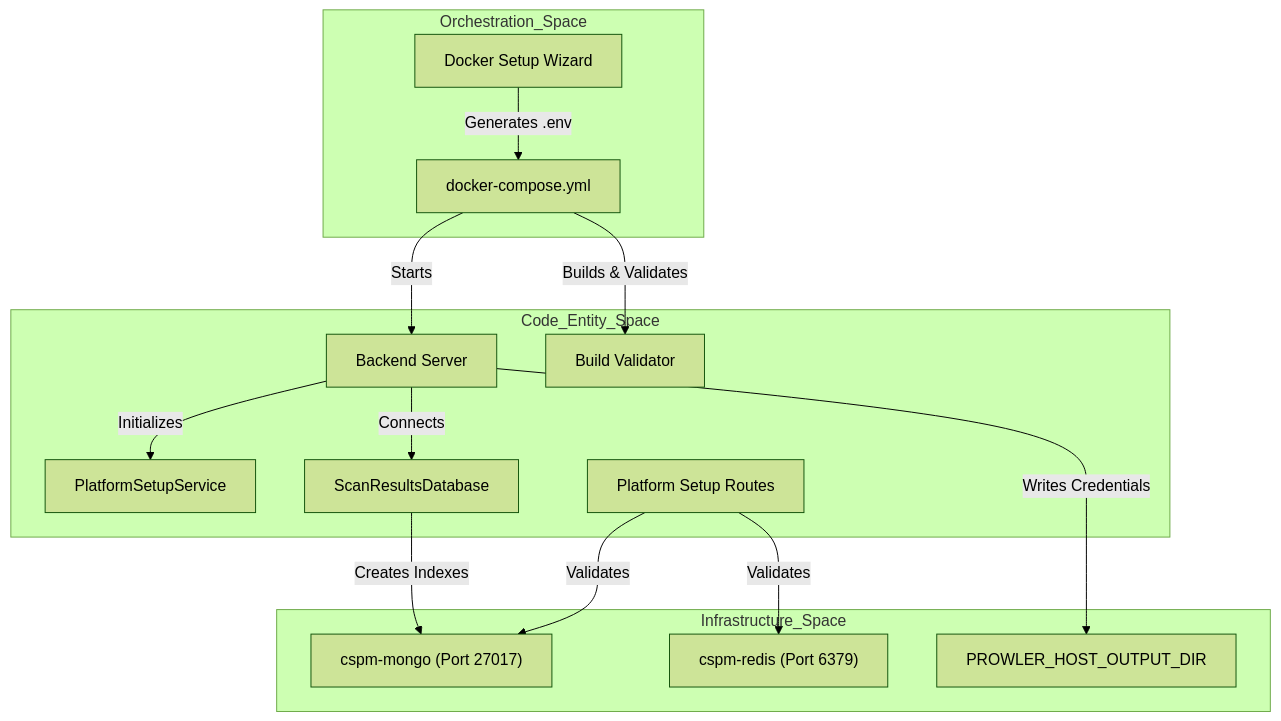
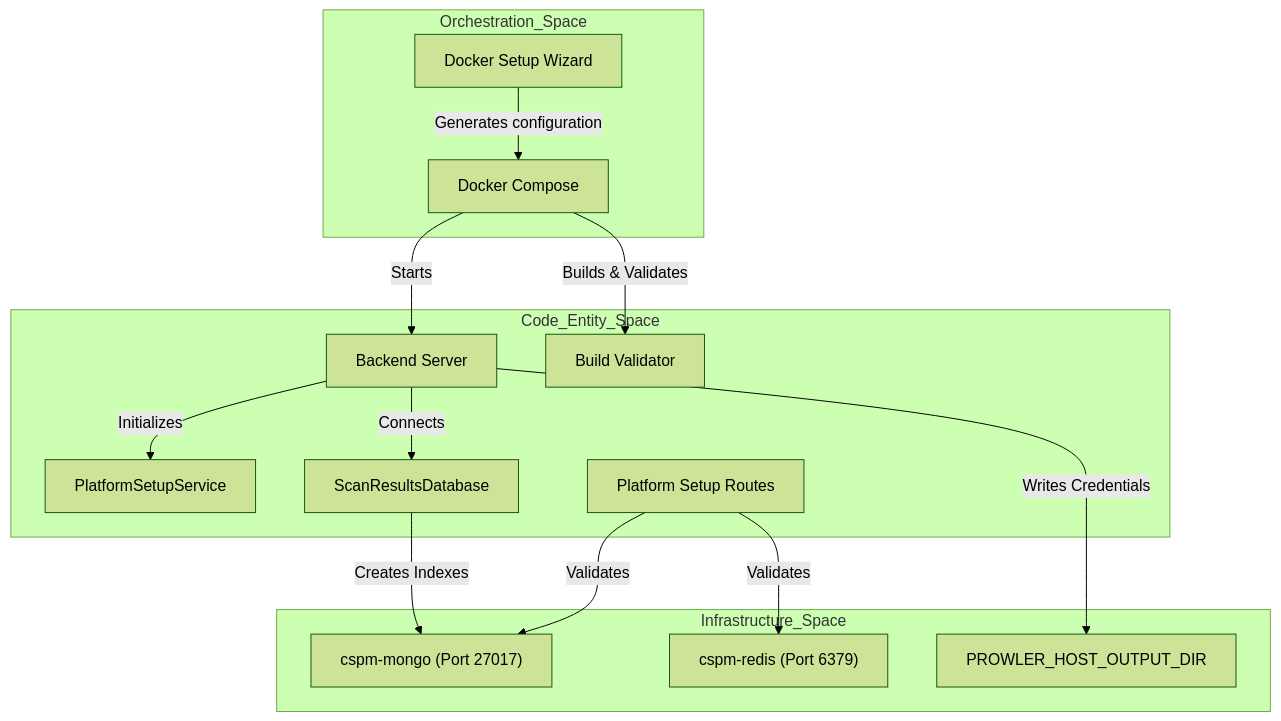
One commit to niteshsaini/offloadsecurity-docs changed the first of 2 diagrams in docs/platform-overview/getting-started.md. Above: the diagram before and after it, drawn with Mermaid (forest theme). The commit also changed other lines of this file and 5 other files, not shown here.

````diff
--- a/docs/platform-overview/getting-started.md
+++ b/docs/platform-overview/getting-started.md
@@ -18,31 +18,31 @@
 ```mermaid
 graph TD
     subgraph "Orchestration_Space"
         WIZARD["Docker Setup Wizard"]
-        COMPOSE["docker-compose.yml"]
+        COMPOSE["Docker Compose"]
     end
 
     subgraph "Code_Entity_Space"
         BACKEND["Backend Server"]
         VALIDATOR["Build Validator"]
         SETUP_SVC["PlatformSetupService"]
         SETUP_ROUTES["Platform Setup Routes"]
         DB_MANAGER["ScanResultsDatabase"]
     end
 
     subgraph "Infrastructure_Space"
         MONGO["cspm-mongo (Port 27017)"]
         REDIS["cspm-redis (Port 6379)"]
         HOST_FS["PROWLER_HOST_OUTPUT_DIR"]
     end
 
-    WIZARD -- "Generates .env" --> COMPOSE
+    WIZARD -- "Generates configuration" --> COMPOSE
     COMPOSE -- "Builds & Validates" --> VALIDATOR
     COMPOSE -- "Starts" --> BACKEND
     BACKEND -- "Initializes" --> SETUP_SVC
     SETUP_ROUTES -- "Validates" --> MONGO
     SETUP_ROUTES -- "Validates" --> REDIS
     BACKEND -- "Writes Credentials" --> HOST_FS
     BACKEND -- "Connects" --> DB_MANAGER
     DB_MANAGER -- "Creates Indexes" --> MONGO
 ```
````
